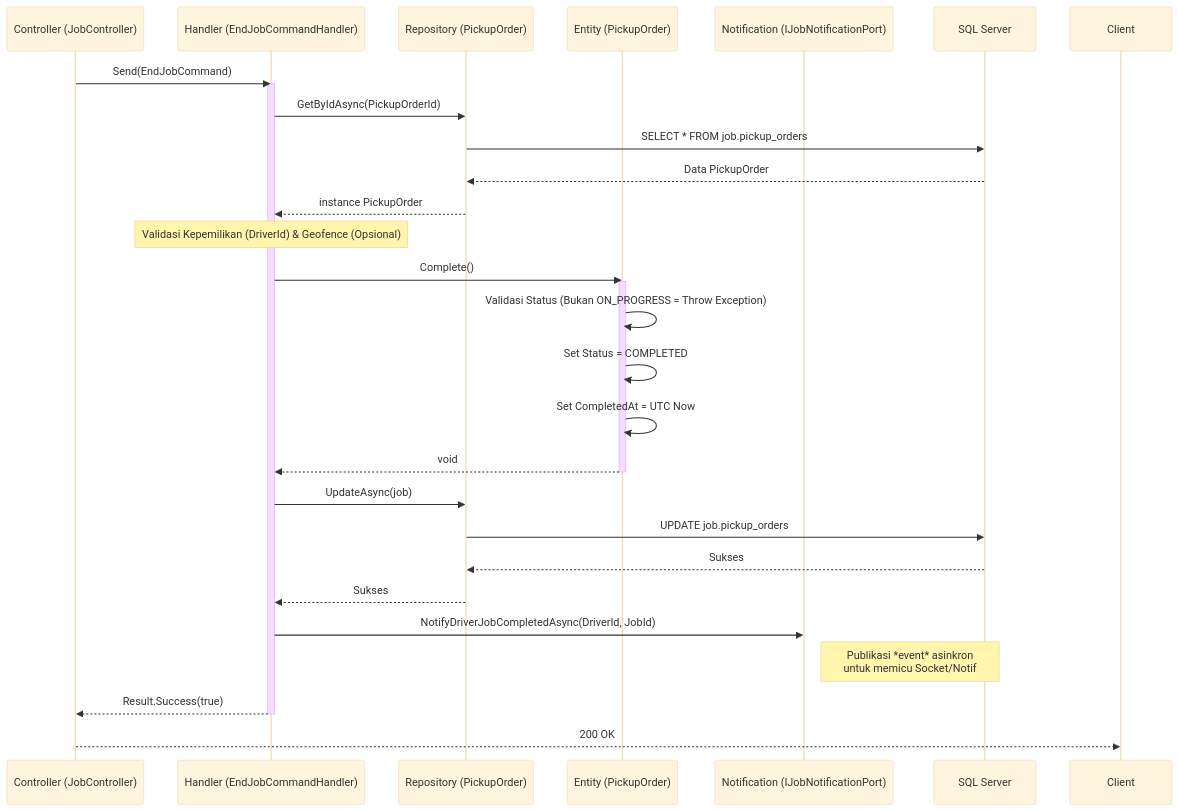
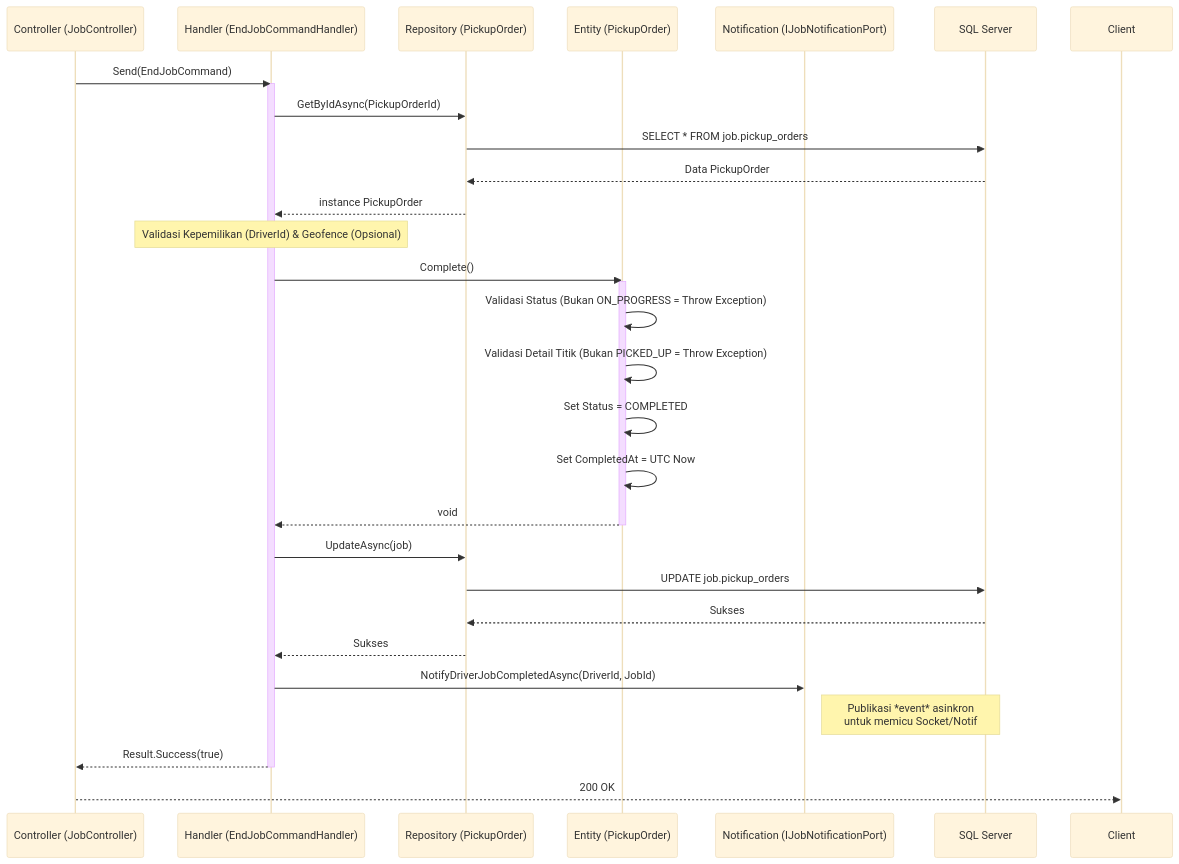
Before and after one commit to odealidj/minione-edcl-net: the diagram in docs/architecture/end-job-system.md, drawn with Mermaid (base theme). The commit also changed other lines of this file and 1 other file, not shown here.

Commit message:
docs: add stop status validation to end job flow

````diff
--- a/docs/architecture/end-job-system.md
+++ b/docs/architecture/end-job-system.md
@@ -53,39 +55,40 @@
 ```mermaid
 sequenceDiagram
     participant C as Controller (JobController)
     participant H as Handler (EndJobCommandHandler)
     participant R as Repository (PickupOrder)
     participant E as Entity (PickupOrder)
     participant N as Notification (IJobNotificationPort)
     participant DB as SQL Server
 
     C->>H: Send(EndJobCommand)
     activate H
     H->>R: GetByIdAsync(PickupOrderId)
     R->>DB: SELECT * FROM job.pickup_orders
     DB-->>R: Data PickupOrder
     R-->>H: instance PickupOrder
     
     note over H: Validasi Kepemilikan (DriverId) & Geofence (Opsional)
     
     H->>E: Complete()
     activate E
     E->>E: Validasi Status (Bukan ON_PROGRESS = Throw Exception)
+    E->>E: Validasi Detail Titik (Bukan PICKED_UP = Throw Exception)
     E->>E: Set Status = COMPLETED
     E->>E: Set CompletedAt = UTC Now
     E-->>H: void
     deactivate E
     
     H->>R: UpdateAsync(job)
     R->>DB: UPDATE job.pickup_orders
     DB-->>R: Sukses
     R-->>H: Sukses
     
     H->>N: NotifyDriverJobCompletedAsync(DriverId, JobId)
     note right of N: Publikasi *event* asinkron<br/>untuk memicu Socket/Notif
     
     H-->>C: Result.Success(true)
     deactivate H
     
     C-->>Client: 200 OK
 ```
````
